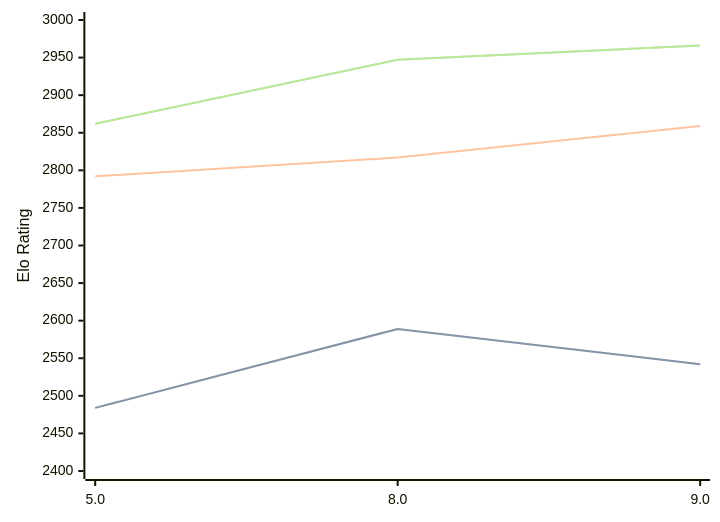
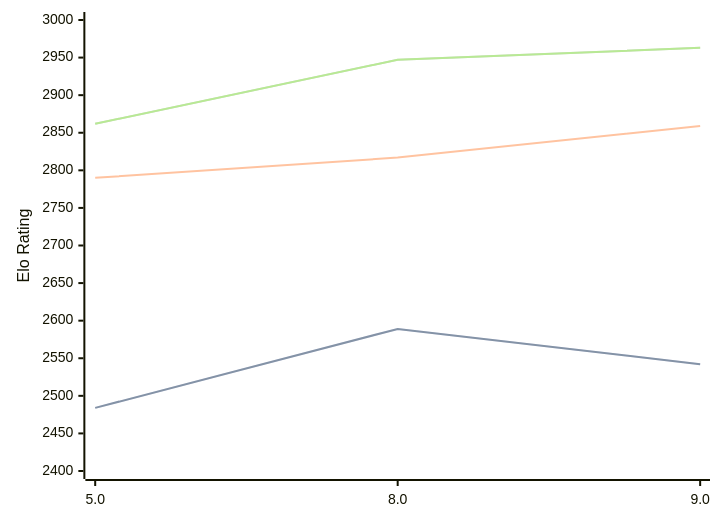
One commit to computer-chess-index/cci changed the diagram in engines/4kc.md. Above: the diagram before and after it, drawn with Mermaid. The commit also changed other lines of this file, not shown here.

Commit message:
Update CCI Ratings (ELO VLTC) - 2026-09-15

````diff
--- a/engines/4kc.md
+++ b/engines/4kc.md
@@ -33,11 +33,11 @@
 ```mermaid
 %%{init: {"theme":"base","themeVariables":{"seriesColors:['#a3a3a3','#222221','#faa371']}}}%%
 xychart-beta
   x-axis ["5.0", "8.0", "9.0"]
   y-axis "Elo Rating" 2400 --> 3000
   line "" [2484, 2589, 2542]
   line "STC (8.0+0.08s)" [2484, 2589, 2542]
-  line "LTC (60.0+0.60s)" [2792, 2817, 2859]
-  line "" [2862, 2947, 2966]
-  line "VLTC (2m24s+1.12s)" [2862, 2947, 2966]
+  line "LTC (60.0+0.60s)" [2790, 2817, 2859]
+  line "" [2862, 2947, 2963]
+  line "VLTC (2m24s+1.12s)" [2862, 2947, 2963]
 ```
````
